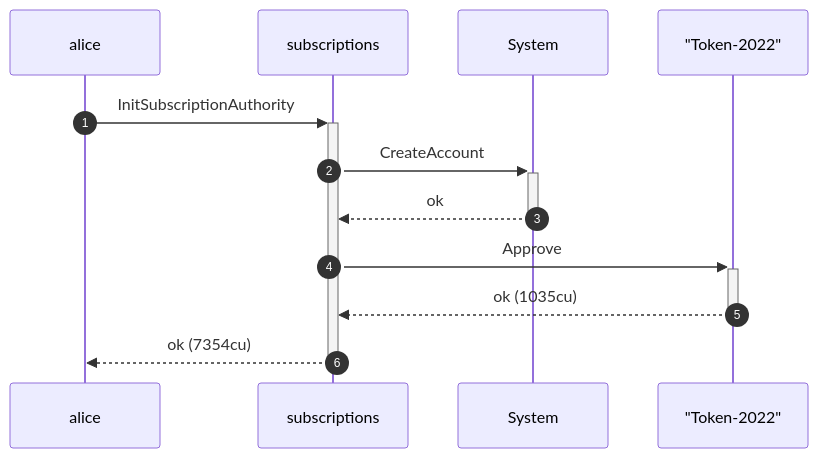
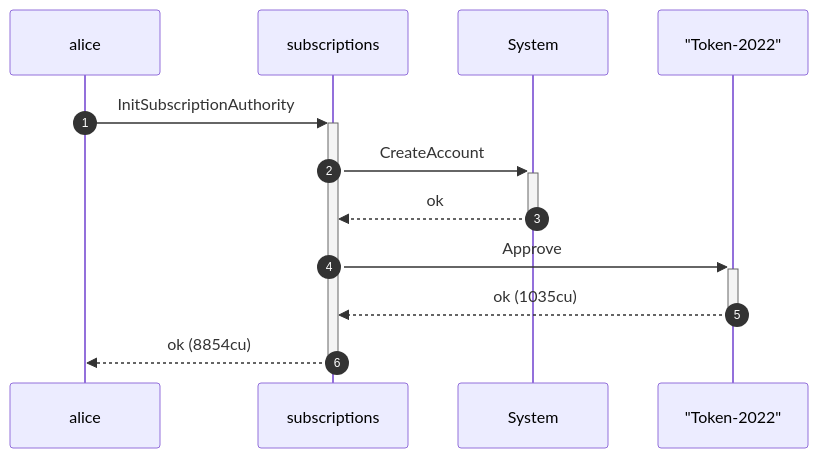
Before and after one commit to cds-rs/subscriptions: the second of 8 diagrams in dsl_tests/revoke-clears-the-delegate--token-2022-.md, drawn with Mermaid. The commit also changed other lines of this file and 224 other files, not shown here.

````diff
--- a/dsl_tests/revoke-clears-the-delegate--token-2022-.md
+++ b/dsl_tests/revoke-clears-the-delegate--token-2022-.md
@@ -38,14 +39,14 @@
 ```mermaid
 sequenceDiagram
     autonumber
     participant alice
     participant subscriptions
     participant System
     participant Token_2022 as "Token-2022"
     alice ->>+ subscriptions: InitSubscriptionAuthority
     subscriptions ->>+ System: CreateAccount
     System -->>- subscriptions: ok
     subscriptions ->>+ Token_2022: Approve
     Token_2022 -->>- subscriptions: ok (1035cu)
-    subscriptions -->>- alice: ok (7354cu)
+    subscriptions -->>- alice: ok (8854cu)
 ```
````
